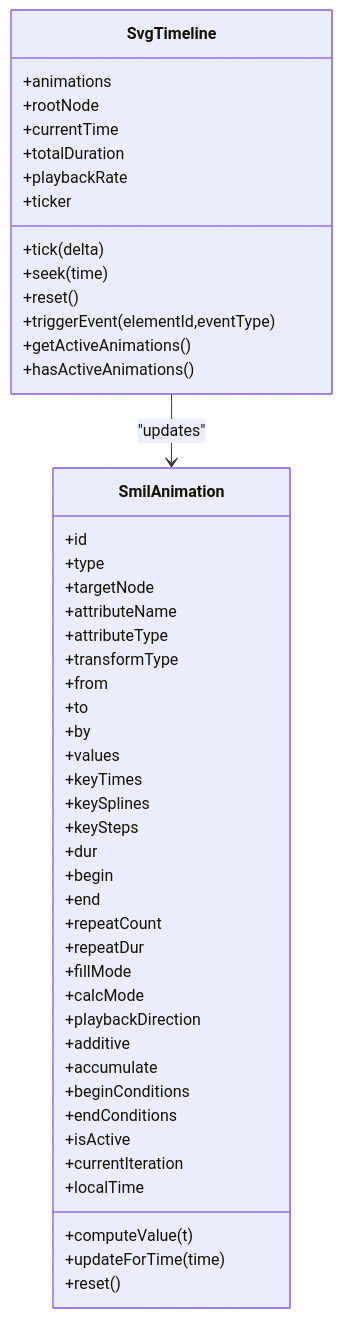
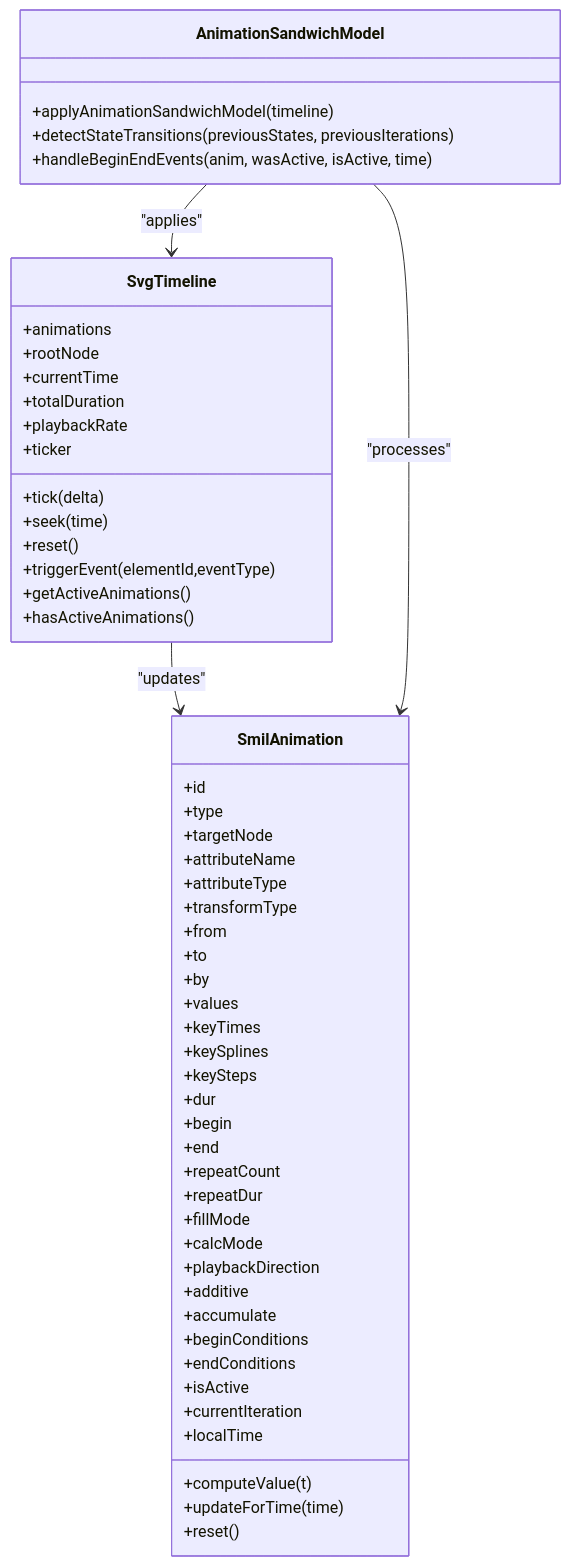
Before and after one commit to denisnadey/flutter_full_svg_support: the third of 20 diagrams in .qoder/repowiki/en/content/Animated SVG Support/Advanced Animation Features/Advanced Animation Features.md, drawn with Mermaid. The commit also changed other lines of this file and 10 other files, not shown here.

````diff
--- a/.qoder/repowiki/en/content/Animated SVG Support/Advanced Animation Features/Advanced Animation Features.md
+++ b/.qoder/repowiki/en/content/Animated SVG Support/Advanced Animation Features/Advanced Animation Features.md
@@ -392,51 +432,58 @@
 ```mermaid
 classDiagram
 class SmilAnimation {
 +id
 +type
 +targetNode
 +attributeName
 +attributeType
 +transformType
 +from
 +to
 +by
 +values
 +keyTimes
 +keySplines
 +keySteps
 +dur
 +begin
 +end
 +repeatCount
 +repeatDur
 +fillMode
 +calcMode
 +playbackDirection
 +additive
 +accumulate
 +beginConditions
 +endConditions
 +isActive
 +currentIteration
 +localTime
 +computeValue(t)
 +updateForTime(time)
 +reset()
 }
 class SvgTimeline {
 +animations
 +rootNode
 +currentTime
 +totalDuration
 +playbackRate
 +ticker
 +tick(delta)
 +seek(time)
 +reset()
 +triggerEvent(elementId,eventType)
 +getActiveAnimations()
 +hasActiveAnimations()
 }
+class AnimationSandwichModel {
++applyAnimationSandwichModel(timeline)
++detectStateTransitions(previousStates, previousIterations)
++handleBeginEndEvents(anim, wasActive, isActive, time)
+}
 SvgTimeline --> SmilAnimation : "updates"
+AnimationSandwichModel --> SvgTimeline : "applies"
+AnimationSandwichModel --> SmilAnimation : "processes"
 ```
````
